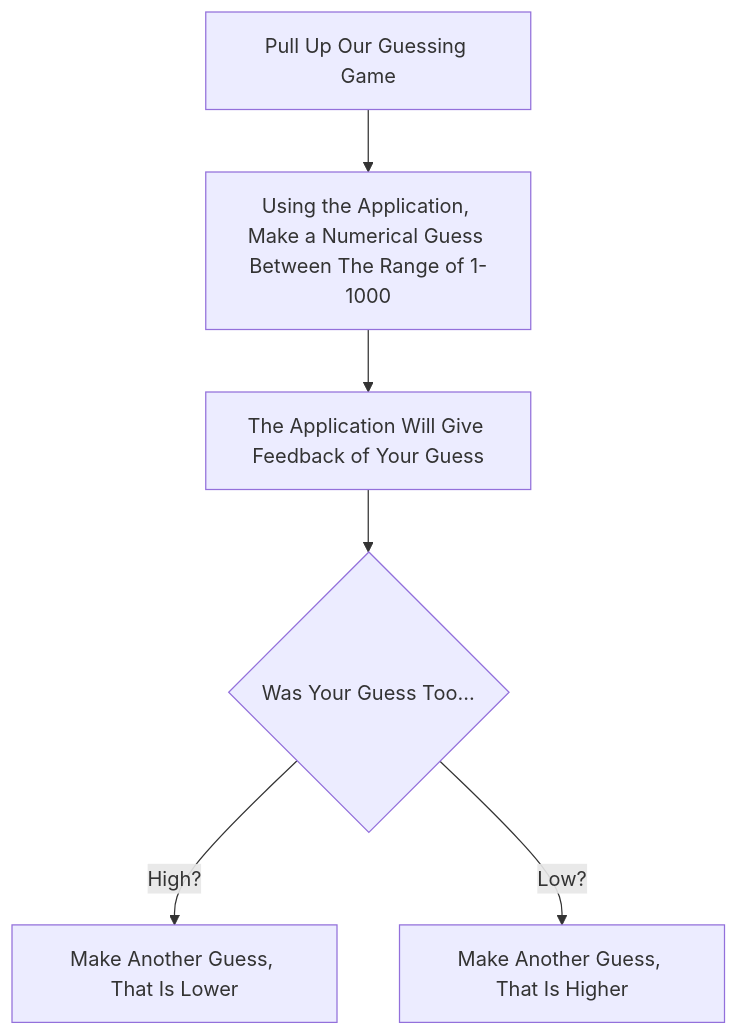
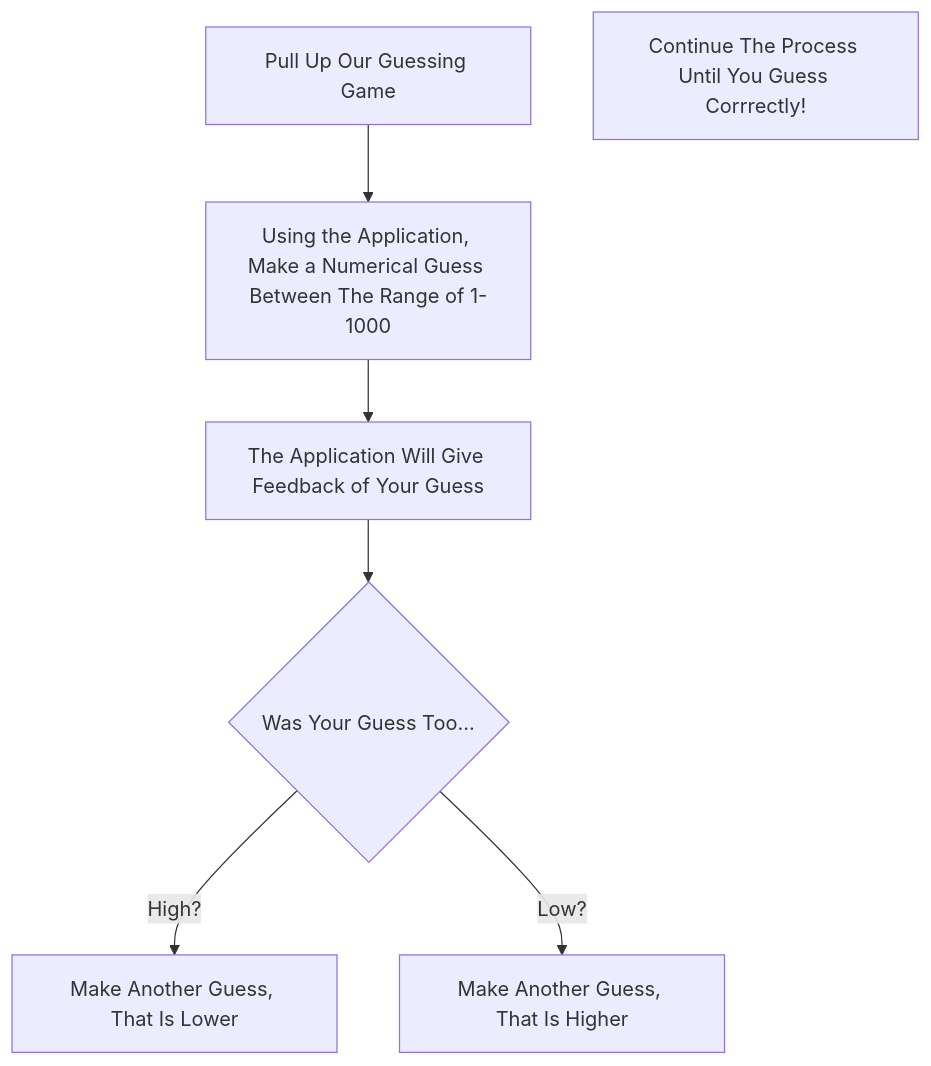
Before and after one commit to isagar930/isagar930.github.io: the diagram in README.md, drawn with Mermaid.

````diff
--- a/README.md
+++ b/README.md
@@ -21,7 +21,8 @@
 ```mermaid
 flowchart TD
 A[Pull Up Our Guessing Game] --> B[Using the Application, Make a Numerical Guess Between The Range of 1-1000] --> C[The Application Will Give Feedback of Your Guess]
 --> D{Was Your Guess Too...}
 D --> |High?| E[Make Another Guess, That Is Lower]
 D --> |Low?| F[Make Another Guess, That Is Higher]
+EF[Continue The Process Until You Guess Corrrectly!]
 ```
````
